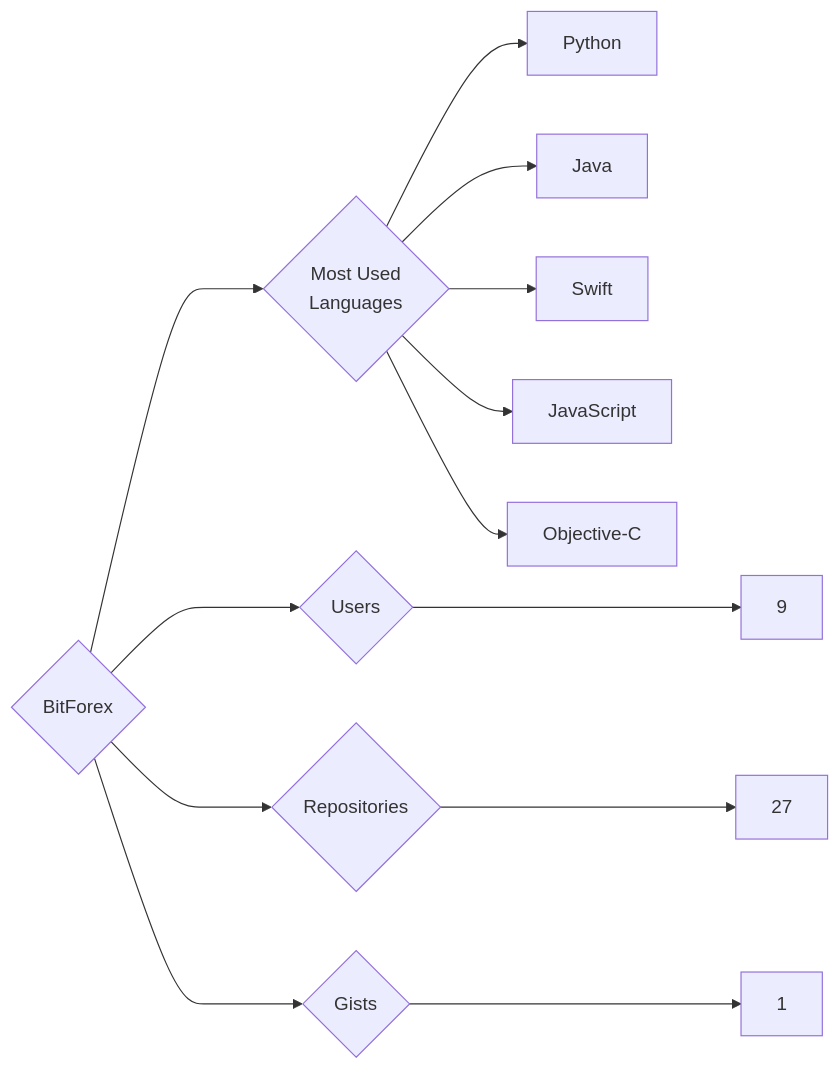
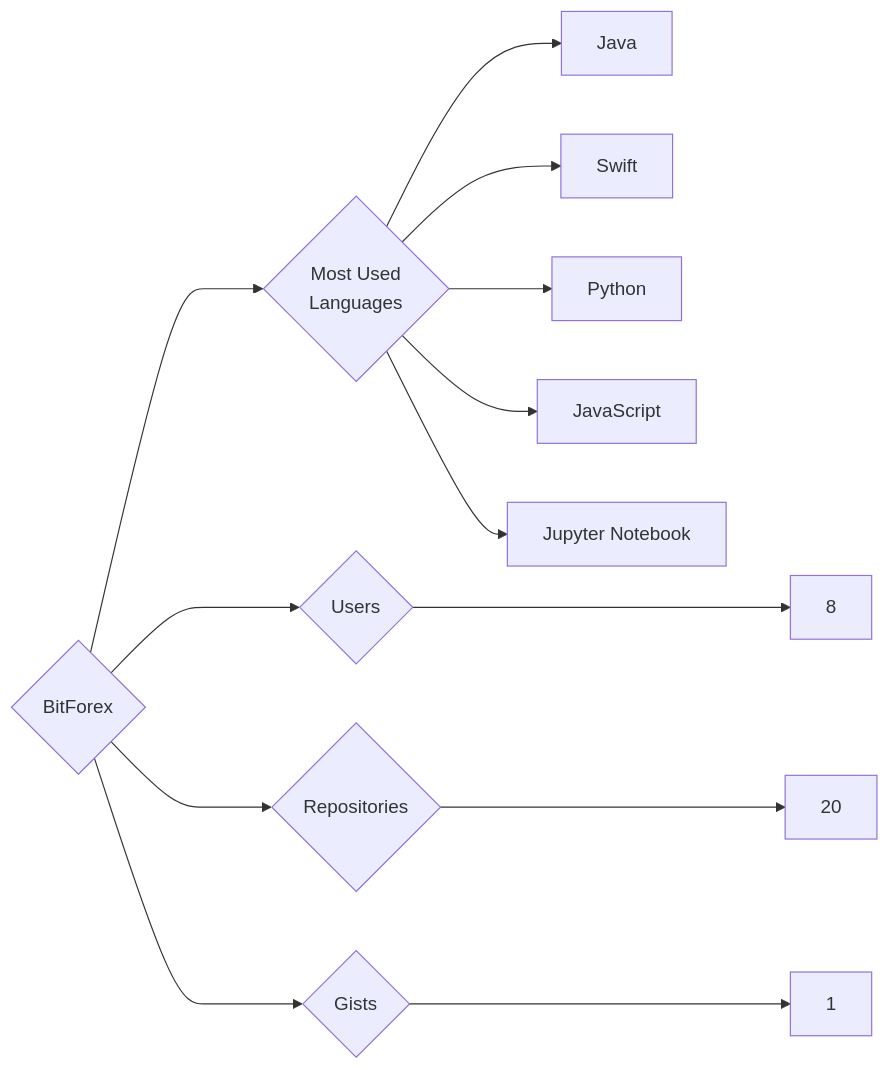
The diagram in targets/BitForex/README.md (trickest/insiders), drawn with Mermaid before and after one commit. The commit also changed 1149 other files, not shown here.

````diff
--- a/targets/BitForex/README.md
+++ b/targets/BitForex/README.md
@@ -3,13 +3,13 @@
 ```mermaid
 graph LR
 COMPANY_NAME{BitForex}
-COMPANY_NAME ---> U{Users} ---> UN[9]
-COMPANY_NAME ---> R{Repositories} ---> RN[27]
+COMPANY_NAME ---> U{Users} ---> UN[8]
+COMPANY_NAME ---> R{Repositories} ---> RN[20]
 COMPANY_NAME ---> G{Gists} ---> GN[1]
 COMPANY_NAME ---> ML{Most Used<br>Languages}
-ML --> Python[Python]
 ML --> Java[Java]
 ML --> Swift[Swift]
+ML --> Python[Python]
 ML --> JavaScript[JavaScript]
-ML --> Objective-C[Objective-C]
+ML --> Jupyter_Notebook[Jupyter Notebook]
 ```
````
